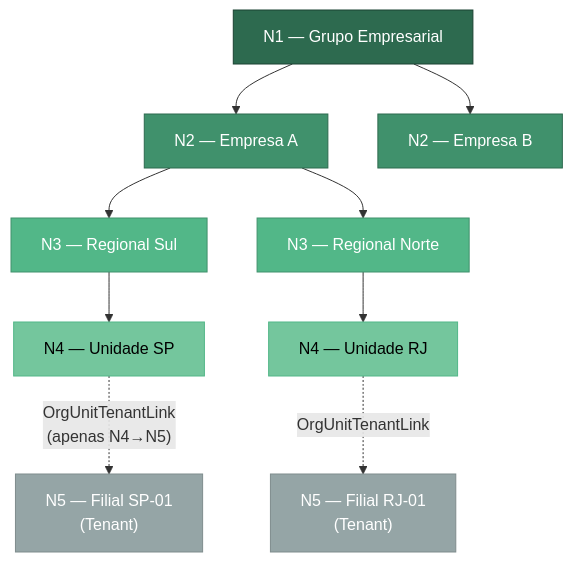
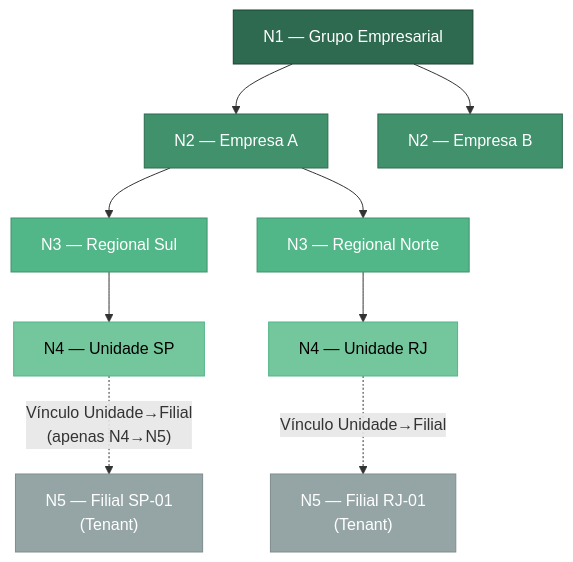
The first of 2 diagrams in docs/04_modules/mod-003-estrutura-organizacional/diagrams/domain-model.md (sulivanti/easycf), drawn with Mermaid before and after one commit. The commit also changed 99 other files, not shown here.

Commit message:
chore: atualiza diagramas domain-model, skills e configurações de agentes

````diff
--- a/docs/04_modules/mod-003-estrutura-organizacional/diagrams/domain-model.md
+++ b/docs/04_modules/mod-003-estrutura-organizacional/diagrams/domain-model.md
@@ -5,33 +5,33 @@
 ```mermaid
 graph TD
     N1["N1 — Grupo Empresarial"]
     N2a["N2 — Empresa A"]
     N2b["N2 — Empresa B"]
     N3a["N3 — Regional Sul"]
     N3b["N3 — Regional Norte"]
     N4a["N4 — Unidade SP"]
     N4b["N4 — Unidade RJ"]
     N5a["N5 — Filial SP-01<br/>(Tenant)"]
     N5b["N5 — Filial RJ-01<br/>(Tenant)"]
 
     N1 --> N2a
     N1 --> N2b
     N2a --> N3a
     N2a --> N3b
     N3a --> N4a
     N3b --> N4b
-    N4a -.->|"OrgUnitTenantLink<br/>(apenas N4→N5)"| N5a
-    N4b -.->|"OrgUnitTenantLink"| N5b
+    N4a -.->|"Vínculo Unidade→Filial<br/>(apenas N4→N5)"| N5a
+    N4b -.->|"Vínculo Unidade→Filial"| N5b
 
     classDef n1 fill:#2d6a4f,stroke:#1b4332,color:#fff
     classDef n2 fill:#40916c,stroke:#2d6a4f,color:#fff
     classDef n3 fill:#52b788,stroke:#40916c,color:#fff
     classDef n4 fill:#74c69d,stroke:#52b788,color:#000
     classDef n5 fill:#95A5A6,stroke:#7F8C8D,color:#fff
 
     class N1 n1
     class N2a,N2b n2
     class N3a,N3b n3
     class N4a,N4b n4
     class N5a,N5b n5
 ```
````
